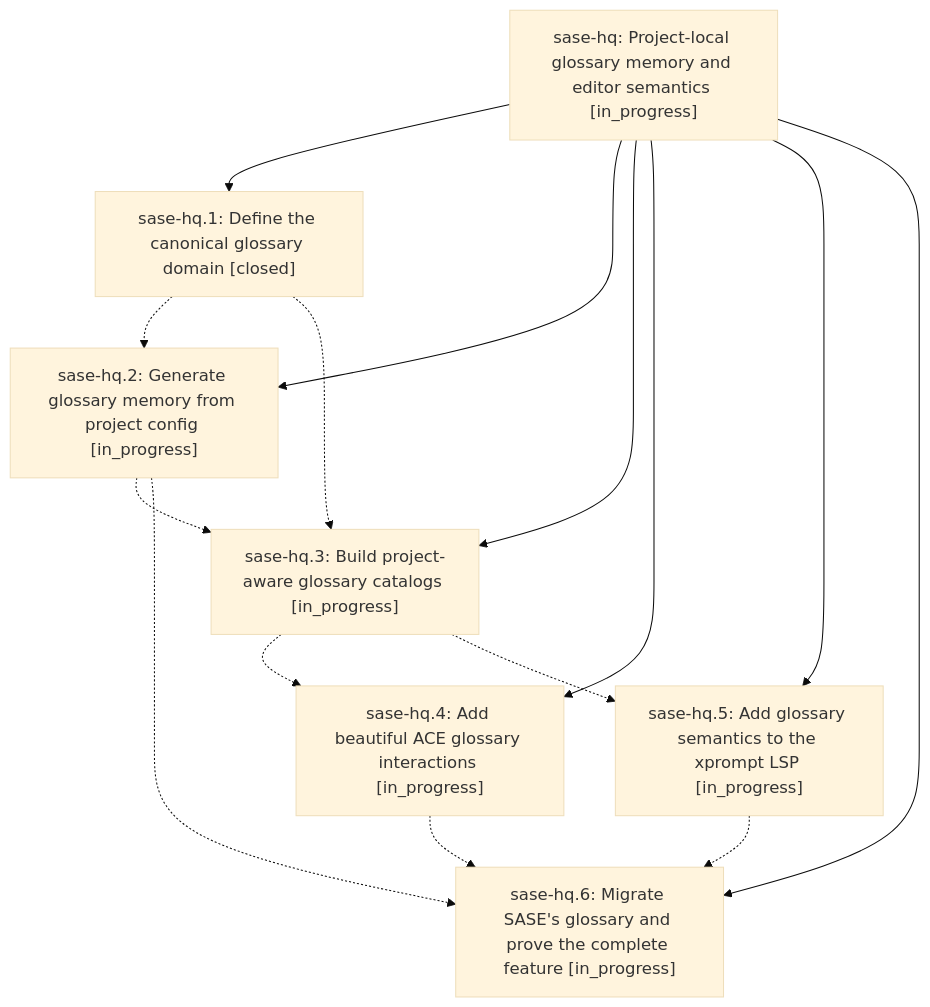
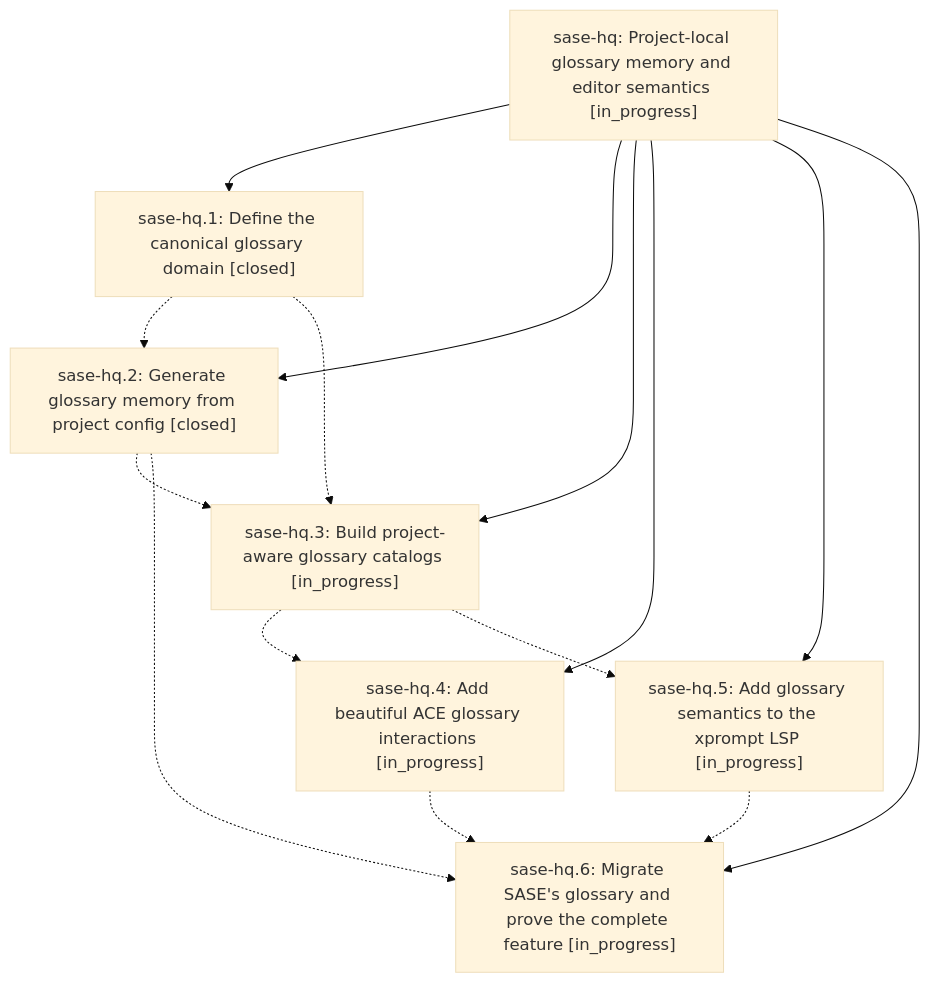
One commit to sase-org/sase--beads changed the diagram in pages/sase-hq/README.md. Above: the diagram before and after it, drawn with Mermaid (base theme). The commit also changed other lines of this file and 4 other files, not shown here.

````diff
--- a/pages/sase-hq/README.md
+++ b/pages/sase-hq/README.md
@@ -27,24 +27,24 @@
 ```mermaid
 flowchart TD
     n0["sase-hq: Project-local glossary memory and editor semantics [in_progress]"]
     n1["sase-hq.1: Define the canonical glossary domain [closed]"]
-    n2["sase-hq.2: Generate glossary memory from project config [in_progress]"]
+    n2["sase-hq.2: Generate glossary memory from project config [closed]"]
     n3["sase-hq.3: Build project-aware glossary catalogs [in_progress]"]
     n4["sase-hq.4: Add beautiful ACE glossary interactions [in_progress]"]
     n5["sase-hq.5: Add glossary semantics to the xprompt LSP [in_progress]"]
     n6["sase-hq.6: Migrate SASE's glossary and prove the complete feature [in_progress]"]
     n0 --> n1
     n0 --> n2
     n0 --> n3
     n0 --> n4
     n0 --> n5
     n0 --> n6
     n1 -.-> n2
     n1 -.-> n3
     n2 -.-> n3
     n2 -.-> n6
     n3 -.-> n4
     n3 -.-> n5
     n4 -.-> n6
     n5 -.-> n6
 ```
````
